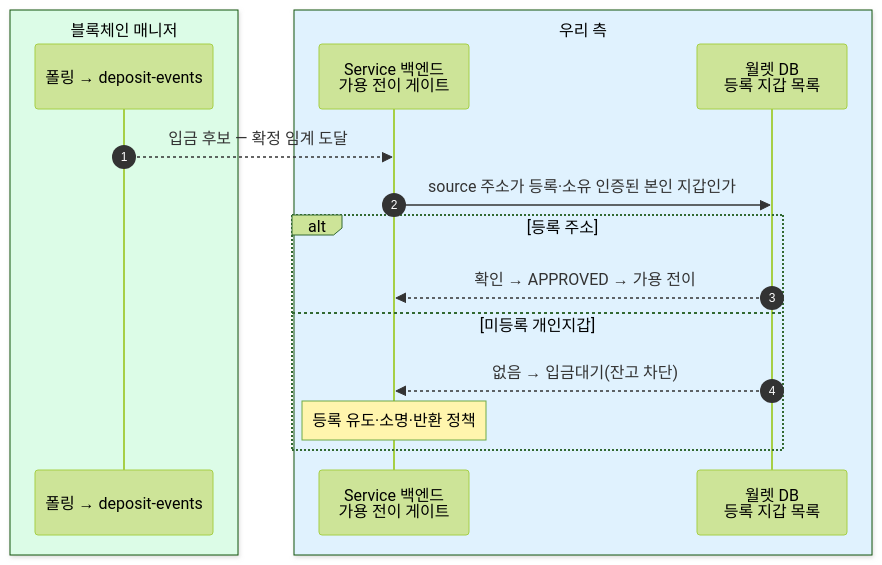
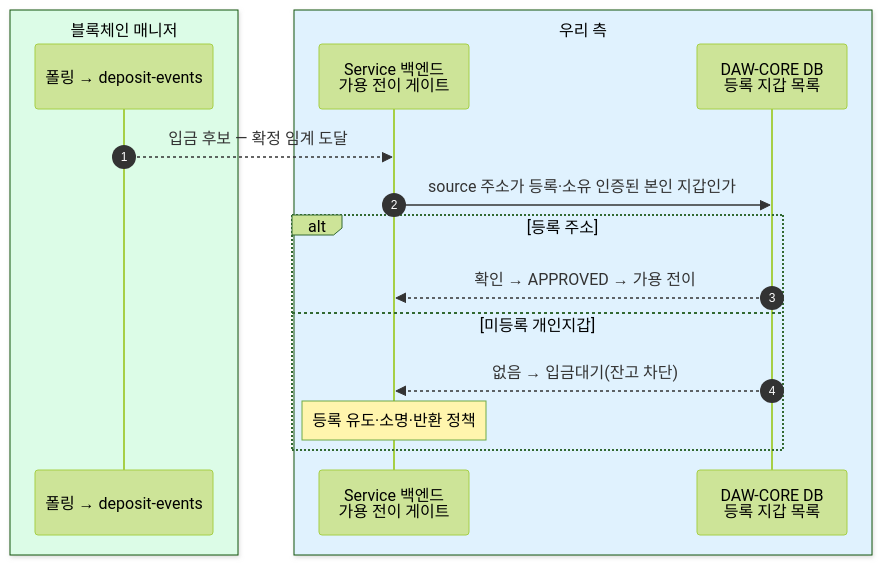
Before and after one commit to eunsujeo/eunpus: the ninth of 11 diagrams in blockchain-manager/docs/트래블룰/설계/07-scenarios.md, drawn with Mermaid (forest theme). The commit also changed other lines of this file and 25 other files, not shown here.

First line of the commit message:
컴플라이언스·온보딩 정리 — 코어 명칭 DAW-CORE 통일 + 출금 확인 비동기 통일 + 다이어그램 보강

````diff
--- a/blockchain-manager/docs/트래블룰/설계/07-scenarios.md
+++ b/blockchain-manager/docs/트래블룰/설계/07-scenarios.md
@@ -390,20 +390,20 @@
 ```mermaid
 sequenceDiagram
     autonumber
     box rgb(220,252,231) 블록체인 매니저
     participant BM as 폴링 → deposit-events
     end
     box rgb(224,242,254) 우리 측
     participant BE as Service 백엔드<br/>가용 전이 게이트
-    participant WDB as 월렛 DB<br/>등록 지갑 목록
+    participant WDB as DAW-CORE DB<br/>등록 지갑 목록
     end
 
     BM-->>BE: 입금 후보 — 확정 임계 도달
     BE->>WDB: source 주소가 등록·소유 인증된 본인 지갑인가
     alt 등록 주소
         WDB-->>BE: 확인 → APPROVED → 가용 전이
     else 미등록 개인지갑
         WDB-->>BE: 없음 → 입금대기(잔고 차단)
         Note over BE: 등록 유도·소명·반환 정책
     end
 ```
````
